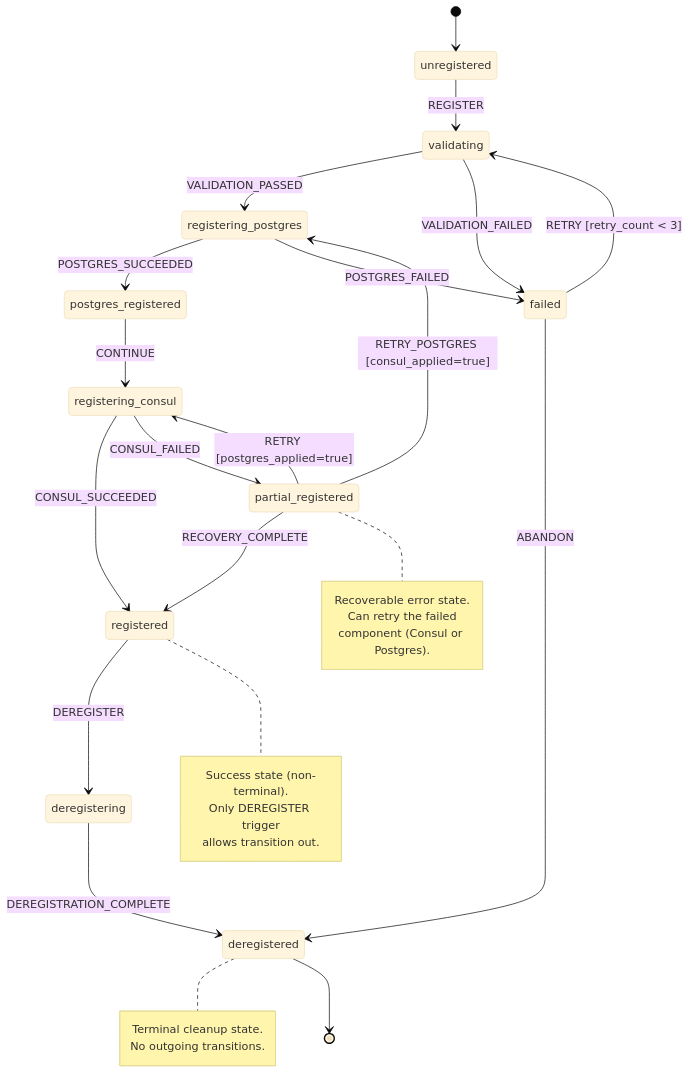
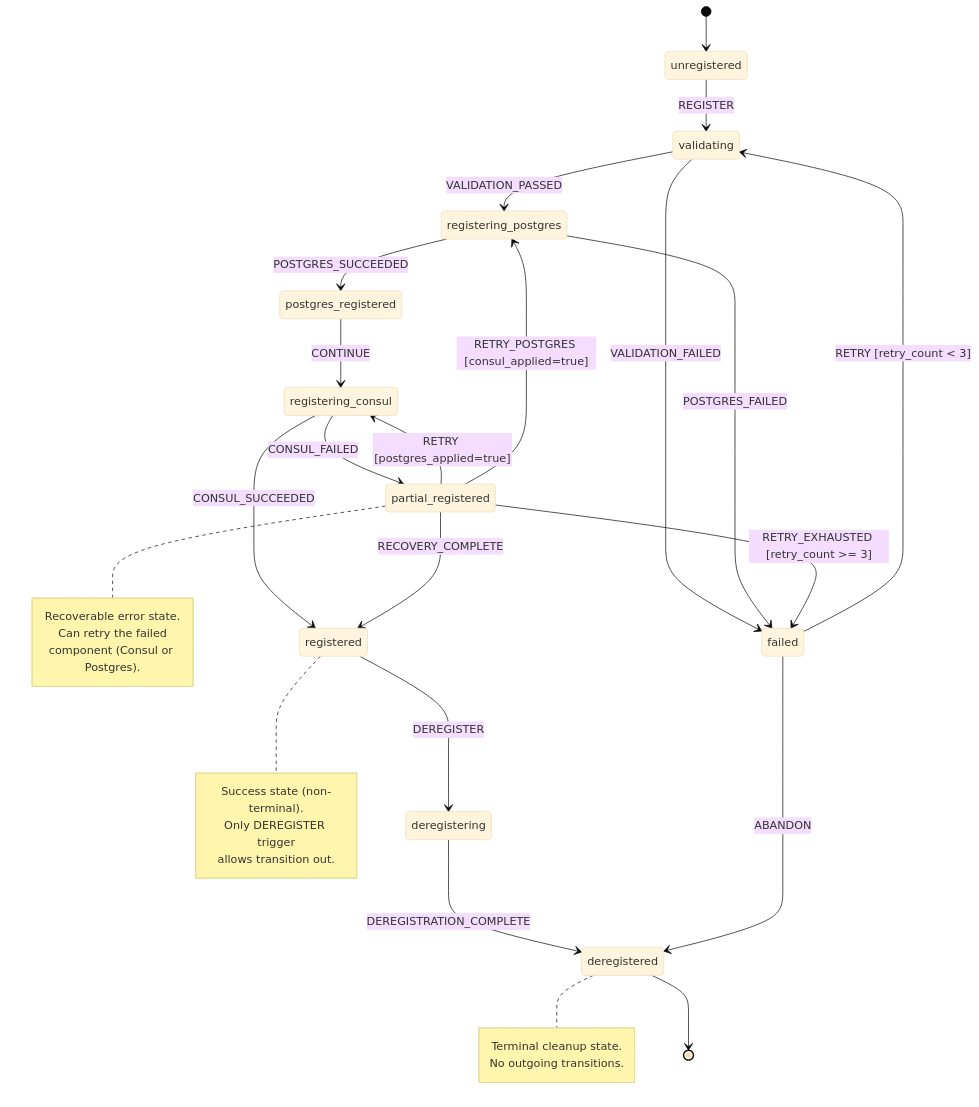
Before and after one commit to OmniNode-ai/omnibase_core: the diagram in docs/architecture/REGISTRATION_FSM_CONTRACT.md, drawn with Mermaid (base theme). The commit also changed other lines of this file, not shown here.

````diff
--- a/docs/architecture/REGISTRATION_FSM_CONTRACT.md
+++ b/docs/architecture/REGISTRATION_FSM_CONTRACT.md
@@ -857,47 +944,48 @@
 ```mermaid
 stateDiagram-v2
     [*] --> unregistered
 
     unregistered --> validating : REGISTER
 
     validating --> registering_postgres : VALIDATION_PASSED
     validating --> failed : VALIDATION_FAILED
 
     registering_postgres --> postgres_registered : POSTGRES_SUCCEEDED
     registering_postgres --> failed : POSTGRES_FAILED
 
     postgres_registered --> registering_consul : CONTINUE
 
     registering_consul --> registered : CONSUL_SUCCEEDED
     registering_consul --> partial_registered : CONSUL_FAILED
 
     partial_registered --> registering_consul : RETRY [postgres_applied=true]
     partial_registered --> registering_postgres : RETRY_POSTGRES [consul_applied=true]
     partial_registered --> registered : RECOVERY_COMPLETE
+    partial_registered --> failed : RETRY_EXHAUSTED [retry_count >= 3]
 
     registered --> deregistering : DEREGISTER
 
     deregistering --> deregistered : DEREGISTRATION_COMPLETE
 
     failed --> validating : RETRY [retry_count < 3]
     failed --> deregistered : ABANDON
 
     note right of registered
         Success state (non-terminal).
         Only DEREGISTER trigger
         allows transition out.
     end note
 
     note right of partial_registered
         Recoverable error state.
         Can retry the failed
         component (Consul or Postgres).
     end note
 
     note right of deregistered
         Terminal cleanup state.
         No outgoing transitions.
     end note
 
     deregistered --> [*]
 ```
````
